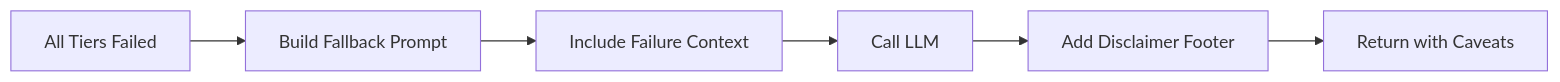
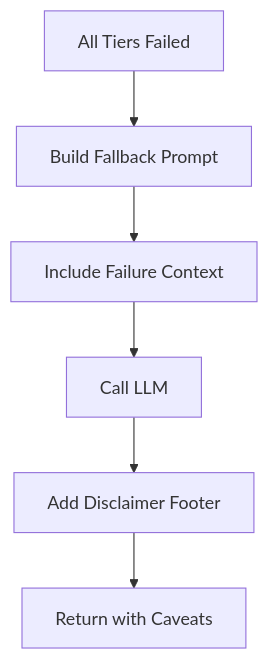
The fourth of 4 diagrams in docs/research_system.md (MichaelYagi/mcp-platform), drawn with Mermaid before and after one commit. The commit also changed other lines of this file and 1 other file, not shown here.

````diff
--- a/docs/research_system.md
+++ b/docs/research_system.md
@@ -380,8 +380,8 @@
 ```mermaid
-graph LR
+graph TD
     A[All Tiers Failed] --> B[Build Fallback Prompt]
     B --> C[Include Failure Context]
     C --> D[Call LLM]
     D --> E[Add Disclaimer Footer]
     E --> F[Return with Caveats]
 ```
````
